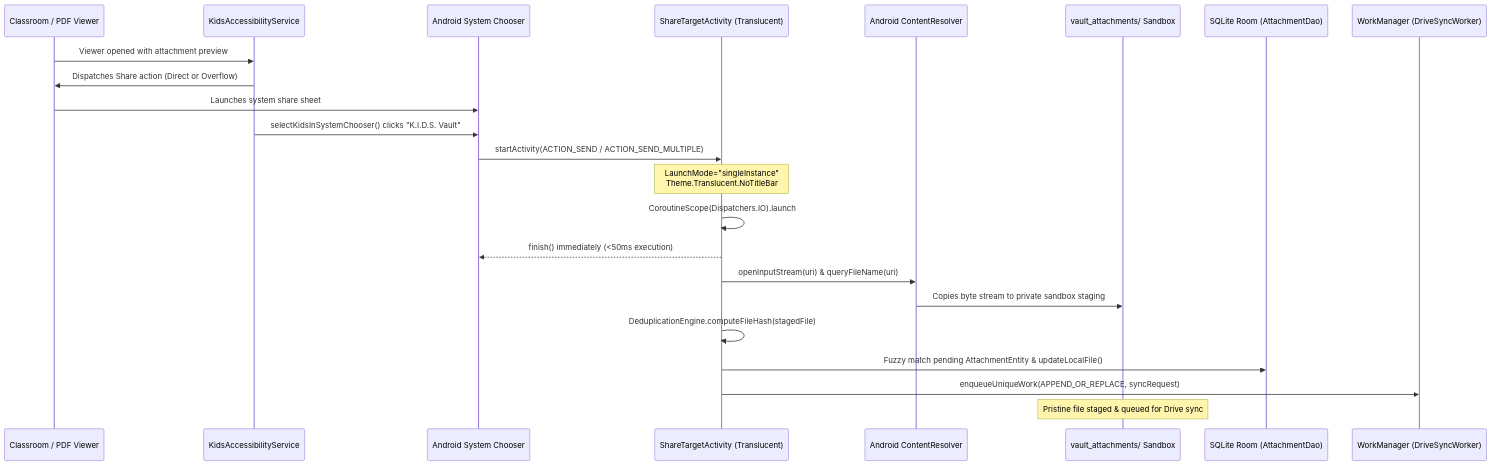
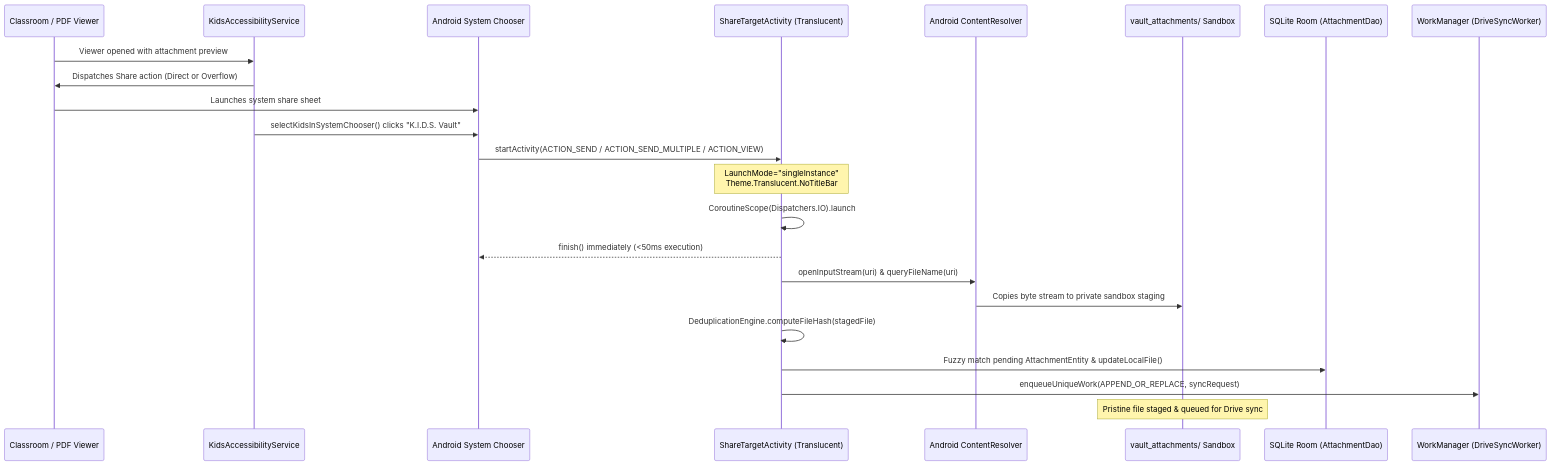
The fifth of 14 diagrams in docs/TECHNICAL_ARCHITECTURE.md (daarshnicsanjeev/K.I.D.S), drawn with Mermaid before and after one commit. The commit also changed other lines of this file and 11 other files, not shown here.

Commit message:
fix(crawler): implement dynamic sharesheet resolution, ACTION_VIEW support, and kinetic reverse crawling

````diff
--- a/docs/TECHNICAL_ARCHITECTURE.md
+++ b/docs/TECHNICAL_ARCHITECTURE.md
@@ -1747,26 +1879,26 @@
 ```mermaid
 sequenceDiagram
     participant VIEWER as Classroom / PDF Viewer
     participant ACS as KidsAccessibilityService
     participant CHOOSER as Android System Chooser
     participant STA as ShareTargetActivity (Translucent)
     participant CR as Android ContentResolver
     participant STAGE as vault_attachments/ Sandbox
     participant DB as SQLite Room (AttachmentDao)
     participant WM as WorkManager (DriveSyncWorker)
 
     VIEWER->>ACS: Viewer opened with attachment preview
     ACS->>VIEWER: Dispatches Share action (Direct or Overflow)
     VIEWER->>CHOOSER: Launches system share sheet
     ACS->>CHOOSER: selectKidsInSystemChooser() clicks "K.I.D.S. Vault"
-    CHOOSER->>STA: startActivity(ACTION_SEND / ACTION_SEND_MULTIPLE)
+    CHOOSER->>STA: startActivity(ACTION_SEND / ACTION_SEND_MULTIPLE / ACTION_VIEW)
     Note over STA: LaunchMode="singleInstance"<br/>Theme.Translucent.NoTitleBar
     STA->>STA: CoroutineScope(Dispatchers.IO).launch
     STA-->>CHOOSER: finish() immediately (<50ms execution)
     STA->>CR: openInputStream(uri) & queryFileName(uri)
     CR->>STAGE: Copies byte stream to private sandbox staging
     STA->>STA: DeduplicationEngine.computeFileHash(stagedFile)
     STA->>DB: Fuzzy match pending AttachmentEntity & updateLocalFile()
     STA->>WM: enqueueUniqueWork(APPEND_OR_REPLACE, syncRequest)
     Note over STAGE: Pristine file staged & queued for Drive sync
 ```
````
